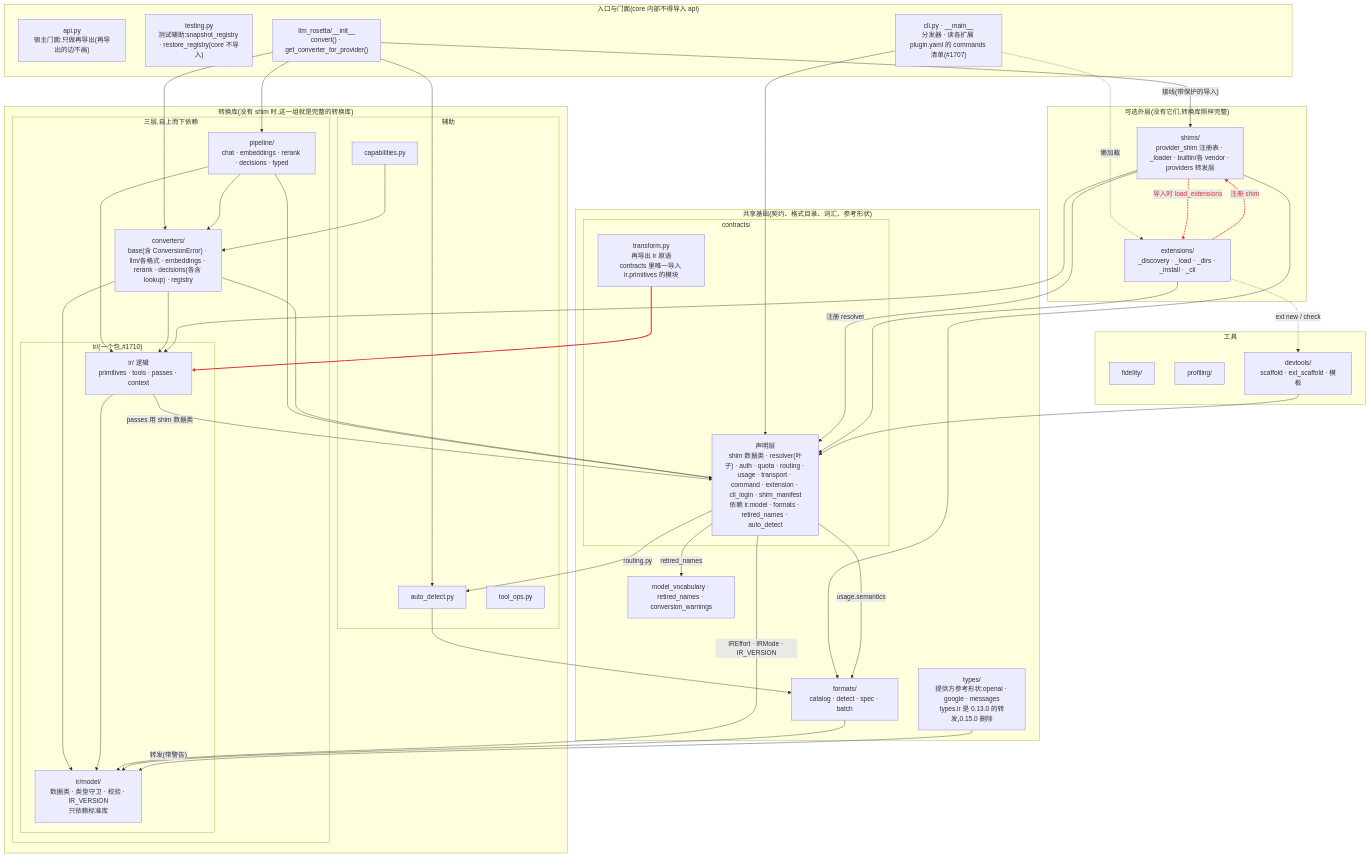
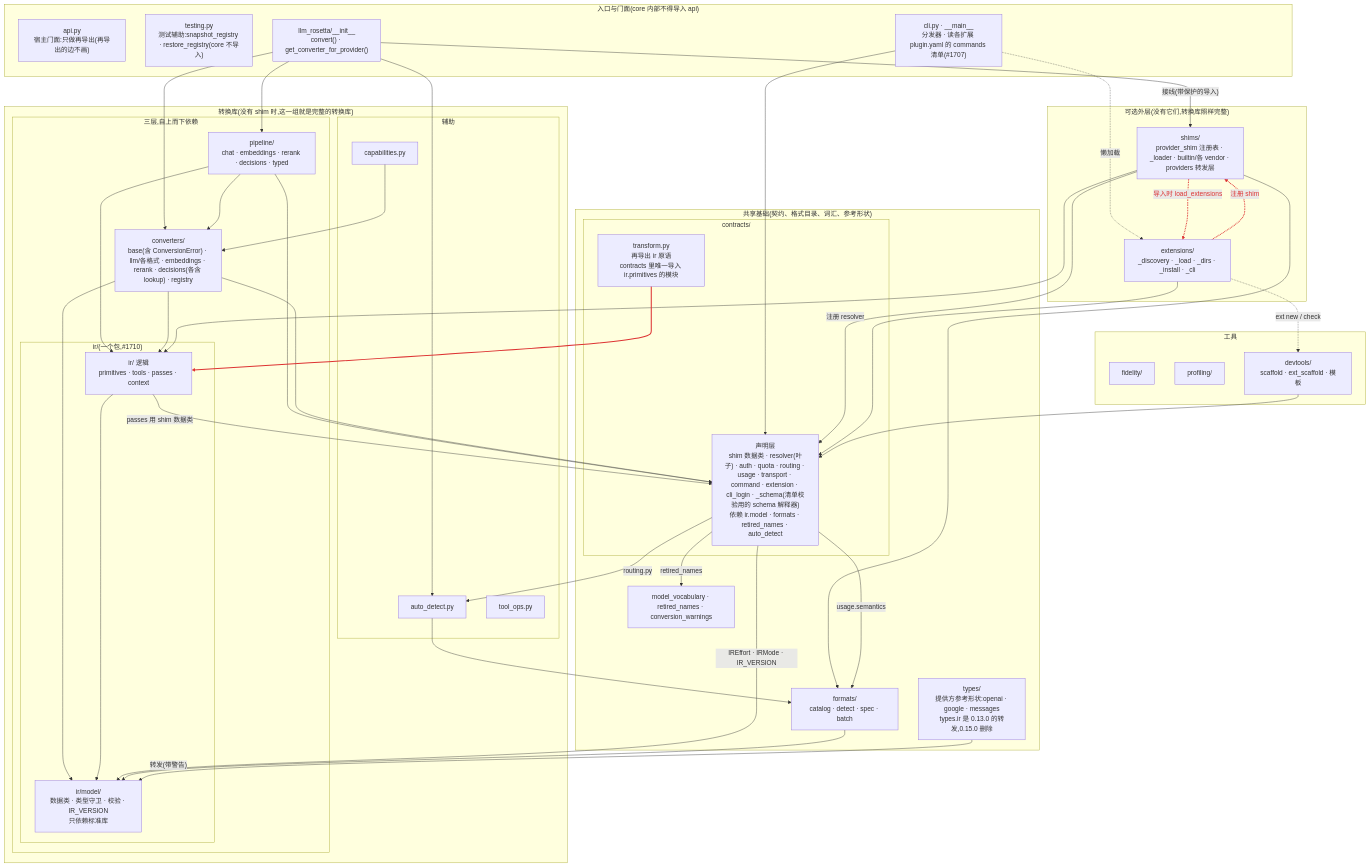
One commit to Oaklight/llm-rosetta changed the diagram in core.mmd. Above: the diagram before and after it, drawn with Mermaid. The commit also changed 3 other files, not shown here.

Commit message:
diagrams: the gateway reads the extension index; contracts lost shim_manifest (#1728)

```diff
--- a/core.mmd
+++ b/core.mmd
@@ -1,77 +1,77 @@
 flowchart TB
   subgraph FACADE["入口与门面(core 内部不得导入 api)"]
     API["api.py<br/>宿主门面:只做再导出(再导出的边不画)"]
     TESTING["testing.py<br/>测试辅助:snapshot_registry · restore_registry(core 不导入)"]
     INIT["llm_rosetta/__init__<br/>convert() · get_converter_for_provider()"]
     CLI["cli.py · __main__<br/>分发器 · 读各扩展 plugin.yaml 的 commands 清单(#1707)"]
   end
   subgraph CORE["转换库(没有 shim 时,这一组就是完整的转换库)"]
     subgraph TIERS["三层,自上而下依赖"]
       PIPE["pipeline/<br/>chat · embeddings · rerank · decisions · typed"]
       CVT["converters/<br/>base(含 ConversionError) · llm/各格式 · embeddings · rerank · decisions(各含 lookup) · registry"]
       subgraph IRCORE["ir/(一个包,#1710)"]
         IROPS["ir/ 逻辑<br/>primitives · tools · passes · context"]
         IRMODEL["ir/model/<br/>数据类 · 类型守卫 · 校验 · IR_VERSION<br/>只依赖标准库"]
       end
     end
     subgraph SIDE["辅助"]
       DET["auto_detect.py"]
       CAP["capabilities.py"]
       TOOL["tool_ops.py"]
     end
   end
   subgraph OPT["可选外层(没有它们,转换库照样完整)"]
     SHIM["shims/<br/>provider_shim 注册表 · _loader · builtin/各 vendor · providers 转发层"]
     EXTS["extensions/<br/>_discovery · _load · _dirs · _install · _cli"]
   end
   subgraph FOUND["共享基础(契约、格式目录、词汇、参考形状)"]
     subgraph CONS["contracts/"]
-      CDECL["声明层<br/>shim 数据类 · resolver(叶子) · auth · quota · routing · usage · transport · command · extension · cli_login · shim_manifest<br/>依赖 ir.model · formats · retired_names · auto_detect"]
+      CDECL["声明层<br/>shim 数据类 · resolver(叶子) · auth · quota · routing · usage · transport · command · extension · cli_login · _schema(清单校验用的 schema 解释器)<br/>依赖 ir.model · formats · retired_names · auto_detect"]
       CXF["transform.py<br/>再导出 ir 原语<br/>contracts 里唯一导入 ir.primitives 的模块"]
     end
     FMT["formats/<br/>catalog · detect · spec · batch"]
     VOCAB["model_vocabulary · retired_names · conversion_warnings"]
     REF["types/<br/>提供方参考形状:openai · google · messages<br/>types.ir 是 0.13.0 的转发,0.15.0 删除"]
   end
   subgraph TOOLS["工具"]
     FID["fidelity/"]
     PROF["profiling/"]
     DEV["devtools/<br/>scaffold · ext_scaffold · 模板"]
   end
 
 
   INIT --> PIPE
   INIT --> CVT
   INIT -->|"接线(带保护的导入)"| SHIM
   INIT --> DET
   CLI --> CDECL
   CLI -.->|"懒加载"| EXTS
   PIPE --> CVT
   PIPE --> IROPS
   PIPE --> CDECL
   CVT --> IROPS
   CVT --> IRMODEL
   CVT --> CDECL
   IROPS --> IRMODEL
   IROPS -->|"passes 用 shim 数据类"| CDECL
   SHIM --> IROPS
   SHIM -->|"注册 resolver"| CDECL
   SHIM --> FMT
   SHIM -.->|"导入时 load_extensions"| EXTS
   EXTS -.->|"注册 shim"| SHIM
   EXTS --> CDECL
   EXTS -.->|"ext new / check"| DEV
   CDECL -->|"IREffort · IRMode · IR_VERSION"| IRMODEL
   CDECL -->|"usage.semantics"| FMT
   CDECL -->|"routing.py"| DET
   CDECL -->|"retired_names"| VOCAB
   CXF --> IROPS
   DET --> FMT
   FMT --> IRMODEL
   CAP --> CVT
   DEV --> CDECL
   REF -->|"转发(带警告)"| IRMODEL
 
   linkStyle 17 stroke:#d33,stroke-width:2.5px,color:#d33
   linkStyle 18 stroke:#d33,stroke-width:2.5px,color:#d33
   linkStyle 25 stroke:#d33,stroke-width:2.5px,color:#d33
```
